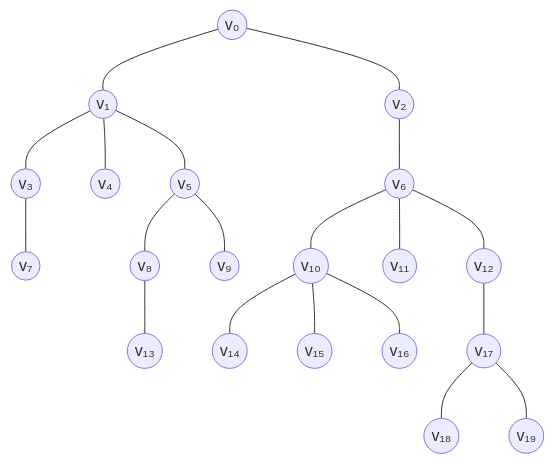
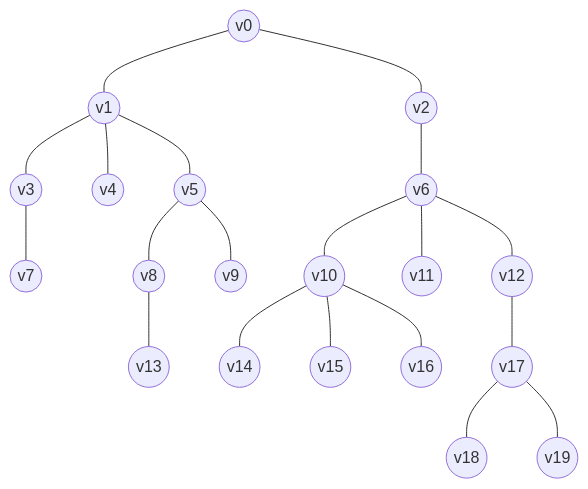
Before and after one commit to Choroning/25Fall_Discrete-Mathematics: the first of 3 diagrams in Coursework/HW12_Rooted-Trees-Spanning-Trees-and-Big-O/Assignment-Explanation.ko.md, drawn with Mermaid. The commit also changed other lines of this file and 37 other files, not shown here.

````diff
--- a/Coursework/HW12_Rooted-Trees-Spanning-Trees-and-Big-O/Assignment-Explanation.ko.md
+++ b/Coursework/HW12_Rooted-Trees-Spanning-Trees-and-Big-O/Assignment-Explanation.ko.md
@@ -45,22 +45,22 @@
 ```mermaid
 graph TD
-    v0((v₀)) --- v1((v₁))
-    v0 --- v2((v₂))
-    v1 --- v3((v₃))
-    v1 --- v4((v₄))
-    v1 --- v5((v₅))
-    v2 --- v6((v₆))
-    v3 --- v7((v₇))
-    v5 --- v8((v₈))
-    v5 --- v9((v₉))
-    v6 --- v10((v₁₀))
-    v6 --- v11((v₁₁))
-    v6 --- v12((v₁₂))
-    v8 --- v13((v₁₃))
-    v10 --- v14((v₁₄))
-    v10 --- v15((v₁₅))
-    v10 --- v16((v₁₆))
-    v12 --- v17((v₁₇))
-    v17 --- v18((v₁₈))
-    v17 --- v19((v₁₉))
+    v0((v0)) --- v1((v1))
+    v0 --- v2((v2))
+    v1 --- v3((v3))
+    v1 --- v4((v4))
+    v1 --- v5((v5))
+    v2 --- v6((v6))
+    v3 --- v7((v7))
+    v5 --- v8((v8))
+    v5 --- v9((v9))
+    v6 --- v10((v10))
+    v6 --- v11((v11))
+    v6 --- v12((v12))
+    v8 --- v13((v13))
+    v10 --- v14((v14))
+    v10 --- v15((v15))
+    v10 --- v16((v16))
+    v12 --- v17((v17))
+    v17 --- v18((v18))
+    v17 --- v19((v19))
 ```
````
